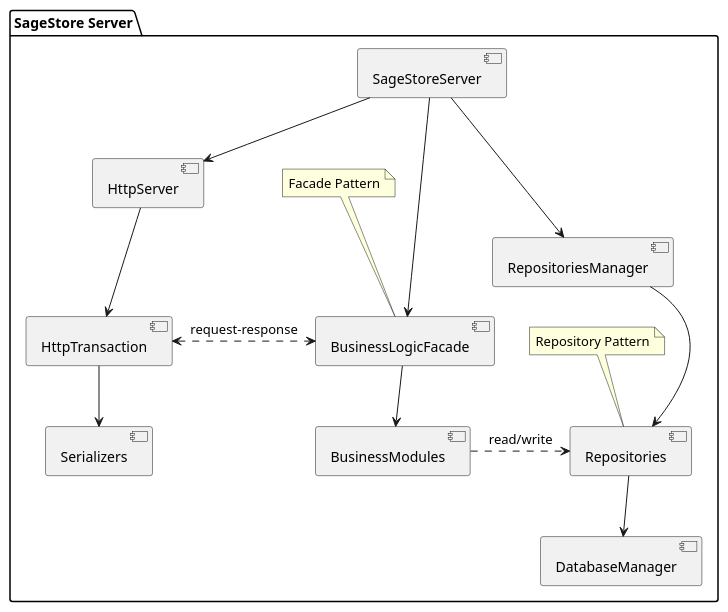
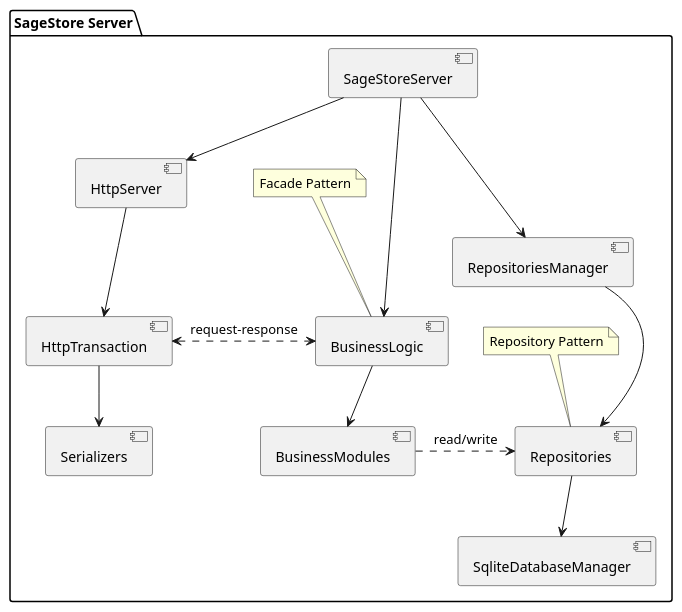
The diagram in docs/server/plantuml/Server_Design.puml (Sage-Cat/SageStore), drawn with PlantUML before and after one commit. The commit also changed 81 other files, not shown here.

```diff
--- a/docs/server/plantuml/Server_Design.puml
+++ b/docs/server/plantuml/Server_Design.puml
@@ -1,37 +1,37 @@
 @startuml
 skinparam componentStyle uml2
 
 package "SageStore Server" {
     [SageStoreServer] as SSS 
     [HttpServer] as HS 
     [HttpTransaction] as HT 
     [Serializers] as S 
-    [BusinessLogicFacade] as BLF 
+    [BusinessLogic] as BLF 
     [BusinessModules] as BM 
     [RepositoriesManager] as RM
-    [DatabaseManager] as DM
+    [SqliteDatabaseManager] as DM
     [Repositories] as R  
 
     SSS -down-> HS 
     SSS -down-> BLF 
     SSS -down-> RM
 
     HS -down-> HT
     HT -down-> S 
 
     BLF -down-> BM
     HT <.> BLF : "request-response"
 
     RM -down-> R 
     R -down-> DM
 
     BM .> R : "read/write"
 
     note "Repository Pattern" as RepoNote1
     RepoNote1 .. R
 
     note "Facade Pattern" as RepoNote2
     RepoNote2 .. BLF
 }
 
 @enduml
```
